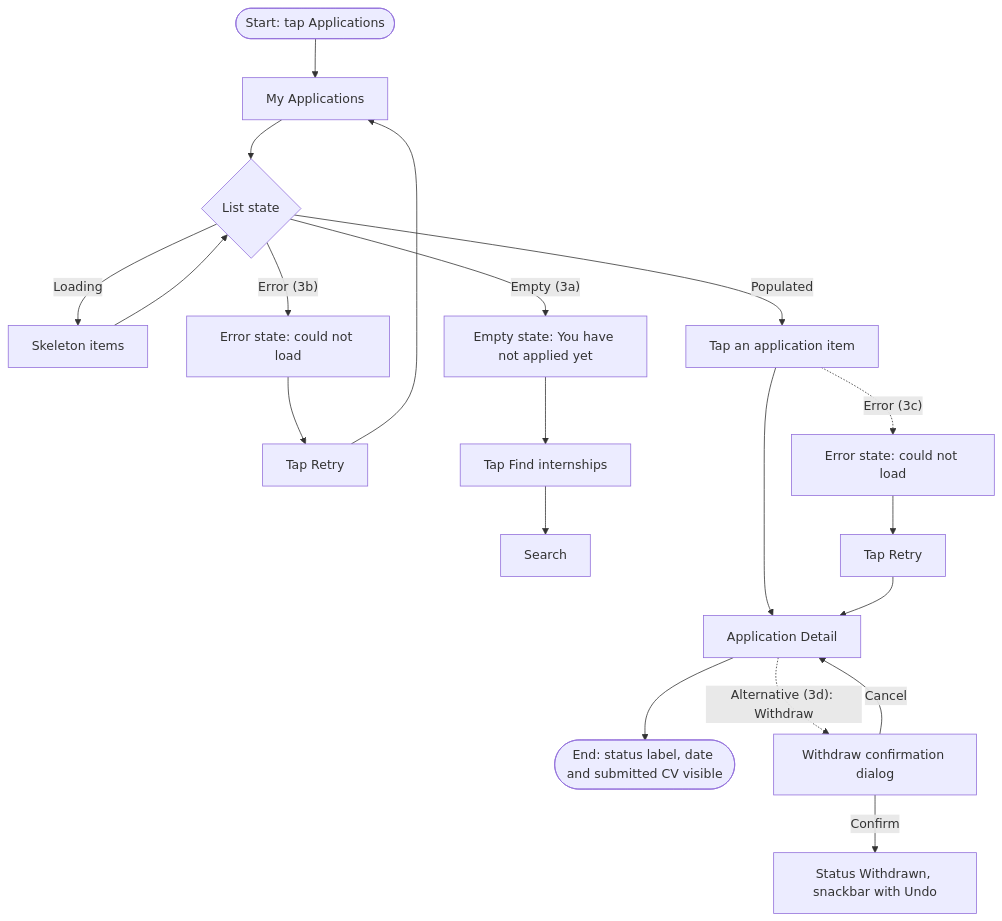
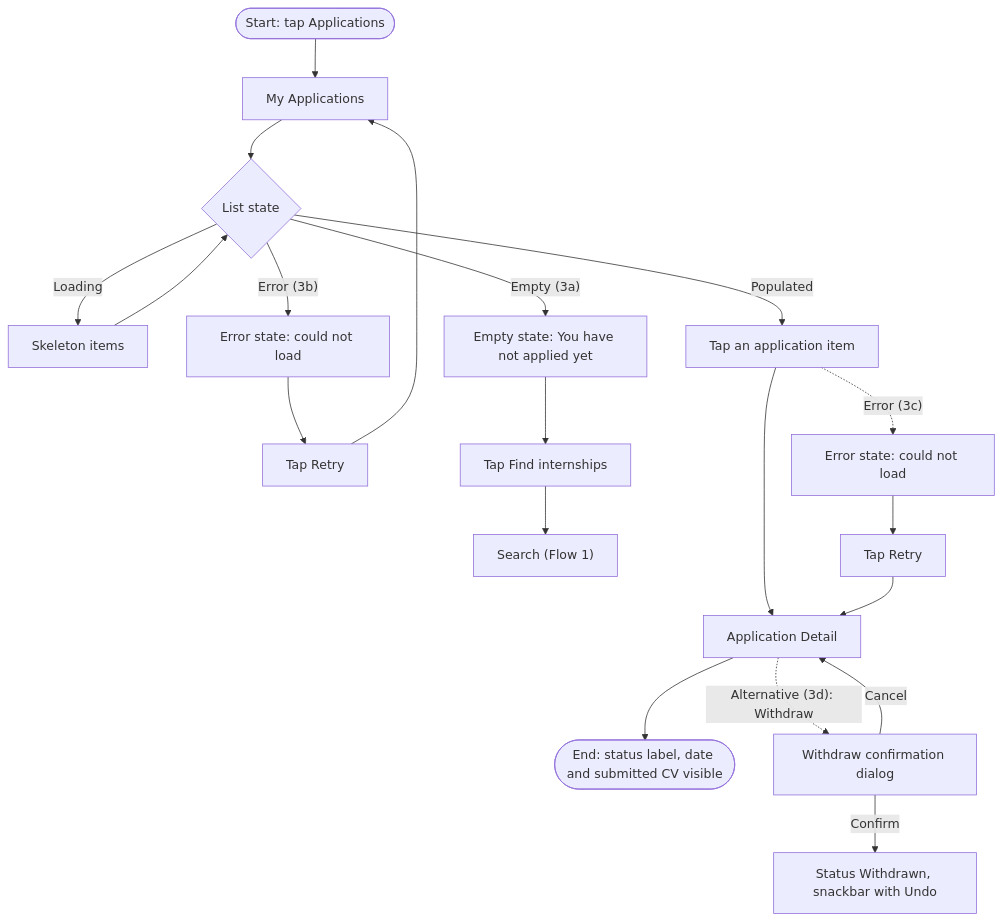
The fourth of 4 diagrams in docs/lab2-handoff/ux/user-flow.md (lamtailoi2/prm323_lab3), drawn with Mermaid before and after one commit. The commit also changed other lines of this file and 11 other files, not shown here.

First line of the commit message:
docs: restructure flows to Search -> Apply -> Track with CV match check

````diff
--- a/docs/lab2-handoff/ux/user-flow.md
+++ b/docs/lab2-handoff/ux/user-flow.md
@@ -182,22 +206,22 @@
 ```mermaid
 flowchart TD
     A(["Start: tap Applications"]) --> B["My Applications"]
     B --> C{"List state"}
     C -- "Loading" --> D["Skeleton items"]
     D --> C
     C -- "Error (3b)" --> E["Error state: could not load"]
     E --> F["Tap Retry"]
     F --> B
     C -- "Empty (3a)" --> G["Empty state: You have not applied yet"]
     G --> H["Tap Find internships"]
-    H --> I["Search"]
+    H --> I["Search (Flow 1)"]
     C -- "Populated" --> J["Tap an application item"]
     J --> K["Application Detail"]
     J -. "Error (3c)" .-> K1["Error state: could not load"]
     K1 --> K2["Tap Retry"]
     K2 --> K
     K --> L(["End: status label, date and submitted CV visible"])
     K -. "Alternative (3d): Withdraw" .-> M["Withdraw confirmation dialog"]
     M -- "Confirm" --> N["Status Withdrawn, snackbar with Undo"]
     M -- "Cancel" --> K
 ```
````
